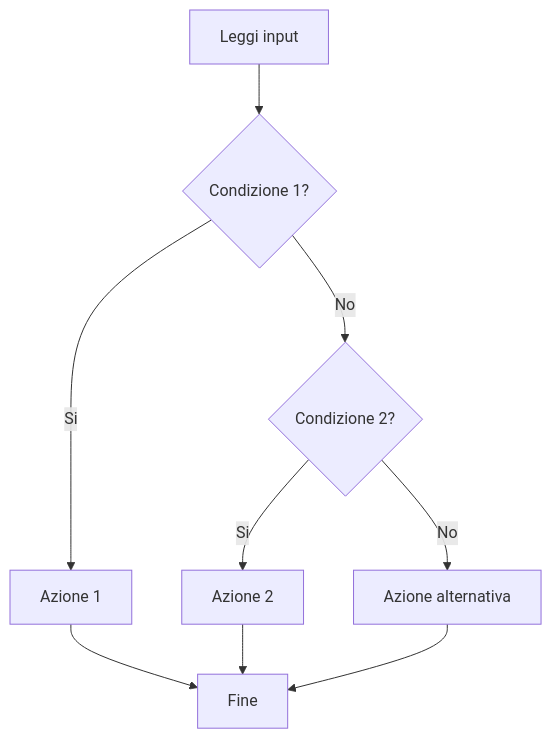
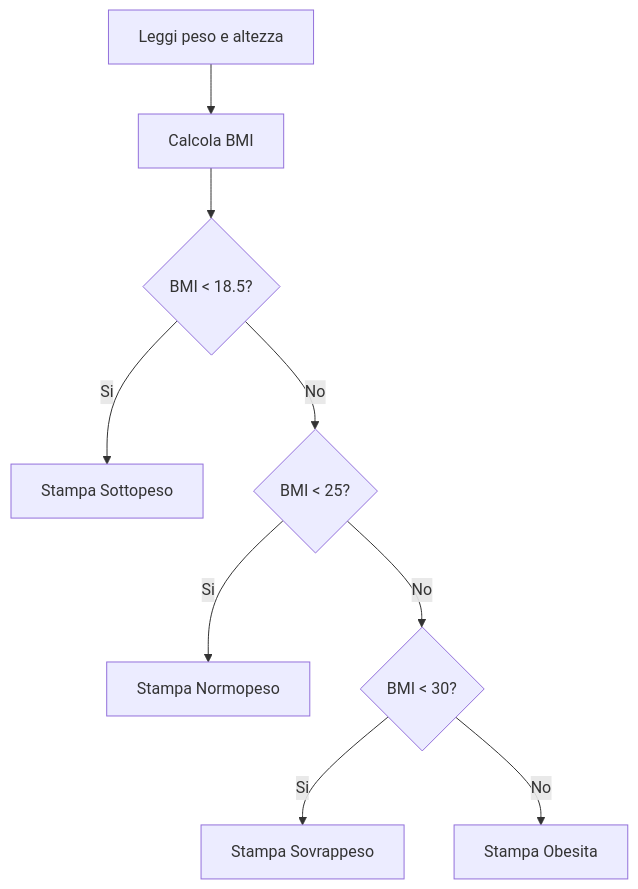
Before and after one commit to lucadagati/Lab_Fondamenti_di_Informatica_25_26: the first of 10 diagrams in 03-matlab-strutture-controllo/README.md, drawn with Mermaid. The commit also changed other lines of this file, not shown here.

First line of the commit message:
Lab 3 README pronto studenti: solo MATLAB e flowchart per ogni esercizio

````diff
--- a/03-matlab-strutture-controllo/README.md
+++ b/03-matlab-strutture-controllo/README.md
@@ -68,11 +55,11 @@
 ```mermaid
 flowchart TD
-    A[Leggi input] --> B{Condizione 1?}
-    B -- Si --> C[Azione 1]
-    B -- No --> D{Condizione 2?}
-    D -- Si --> E[Azione 2]
-    D -- No --> F[Azione alternativa]
-    C --> G[Fine]
-    E --> G
-    F --> G
+    A[Leggi peso e altezza] --> B[Calcola BMI]
+    B --> C{BMI < 18.5?}
+    C -- Si --> D[Stampa Sottopeso]
+    C -- No --> E{BMI < 25?}
+    E -- Si --> F[Stampa Normopeso]
+    E -- No --> G{BMI < 30?}
+    G -- Si --> H[Stampa Sovrappeso]
+    G -- No --> I[Stampa Obesita]
 ```
````
